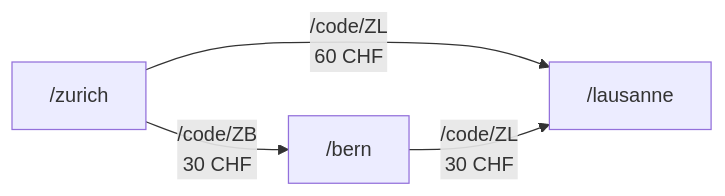
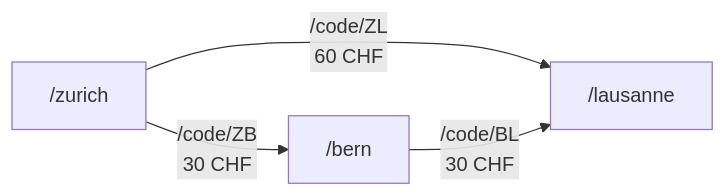
Before and after one commit to google/mangle: the diagram in README.md, drawn with Mermaid.

Commit message:
Fix typo on the diagram

````diff
--- a/README.md
+++ b/README.md
@@ -121,6 +121,6 @@
 ```mermaid
 graph LR
     /zurich -->|/code/ZL <br /> 60 CHF| /lausanne
     /zurich -->|/code/ZB <br /> 30 CHF| /bern
-    /bern -->|/code/ZL <br /> 30 CHF| /lausanne
+    /bern -->|/code/BL <br /> 30 CHF| /lausanne
 ```
````
